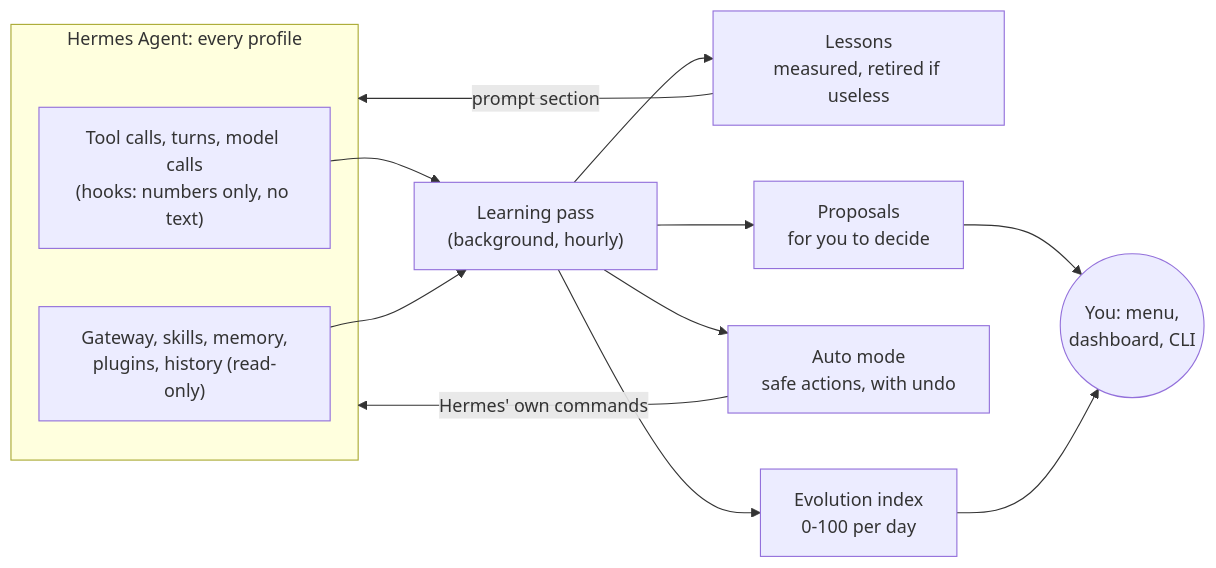
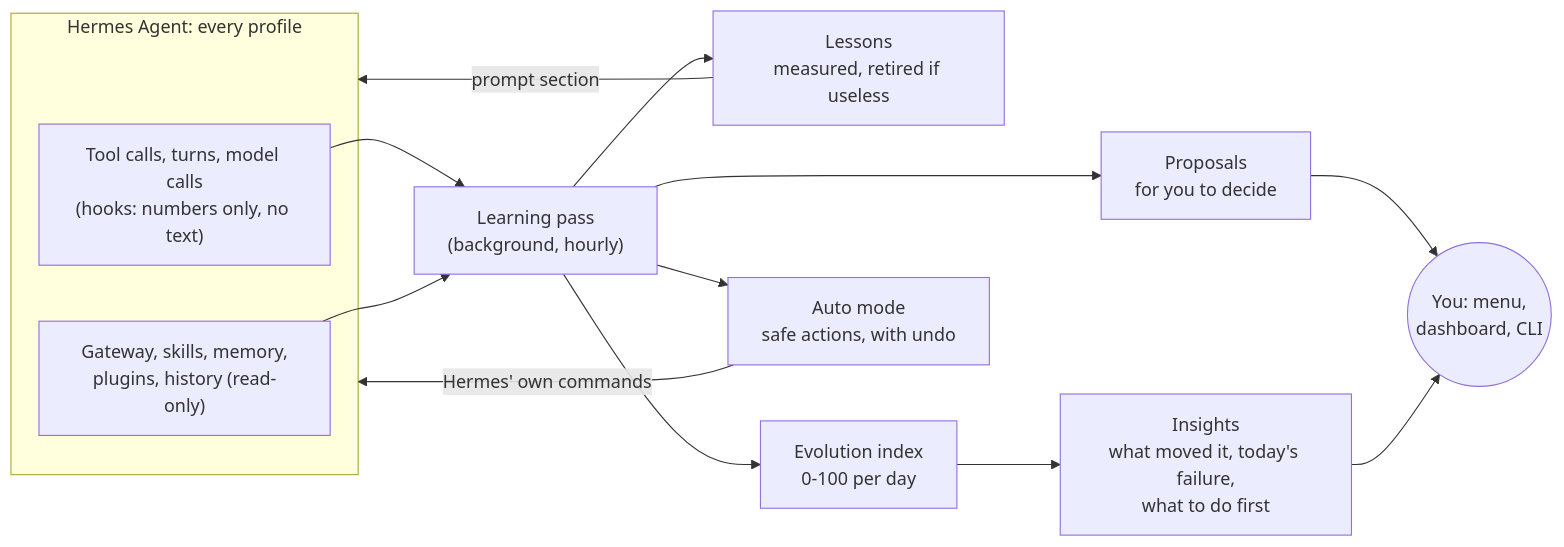
One commit to sesantanajr/hermes-atlas-evolution changed the second of 2 diagrams in README.md. Above: the diagram before and after it, drawn with Mermaid. The commit also changed other lines of this file and 7 other files, not shown here.

````diff
--- a/README.md
+++ b/README.md
@@ -48,17 +256,18 @@
 ```mermaid
 flowchart LR
     subgraph H["Hermes Agent: every profile"]
         hooks["Tool calls, turns, model calls<br/>(hooks: numbers only, no text)"]
         files["Gateway, skills, memory,<br/>plugins, history (read-only)"]
     end
     hooks --> pass["Learning pass<br/>(background, hourly)"]
     files --> pass
     pass --> lessons["Lessons<br/>measured, retired if useless"]
     pass --> index["Evolution index<br/>0-100 per day"]
+    index --> insights["Insights<br/>what moved it, today's failure,<br/>what to do first"]
     pass --> auto["Auto mode<br/>safe actions, with undo"]
     pass --> proposals["Proposals<br/>for you to decide"]
     lessons -- "prompt section" --> H
     auto -- "Hermes' own commands" --> H
     proposals --> you(("You: menu,<br/>dashboard, CLI"))
-    index --> you
+    insights --> you
 ```
````
